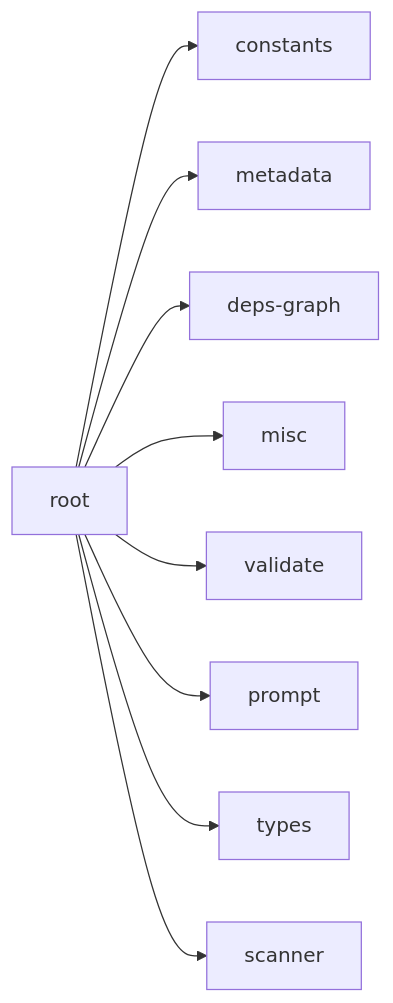
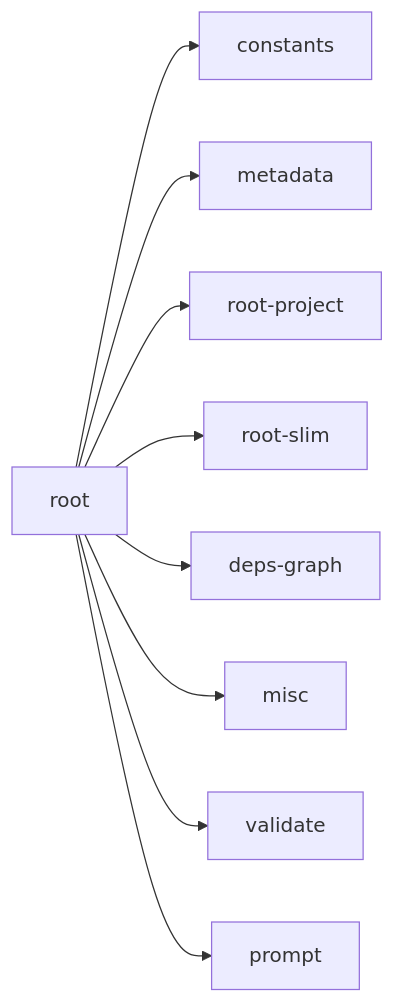
One commit to hellhellpnick/context-graph changed the diagram in .cursor/rules/ctxgraph--src-graph-builder-deterministic-root.mdc. Above: the diagram before and after it, drawn with Mermaid. The commit also changed other lines of this file and 200 other files, not shown here.

````diff
--- a/.cursor/rules/ctxgraph--src-graph-builder-deterministic-root.mdc
+++ b/.cursor/rules/ctxgraph--src-graph-builder-deterministic-root.mdc
@@ -14,12 +14,12 @@
 ```mermaid
 graph LR
   root[root]
   root --> constants[constants]
   root --> metadata[metadata]
+  root --> root_project[root-project]
+  root --> root_slim[root-slim]
   root --> deps_graph[deps-graph]
   root --> misc[misc]
   root --> validate[validate]
   root --> prompt[prompt]
-  root --> types[types]
-  root --> scanner[scanner]
 ```
````
